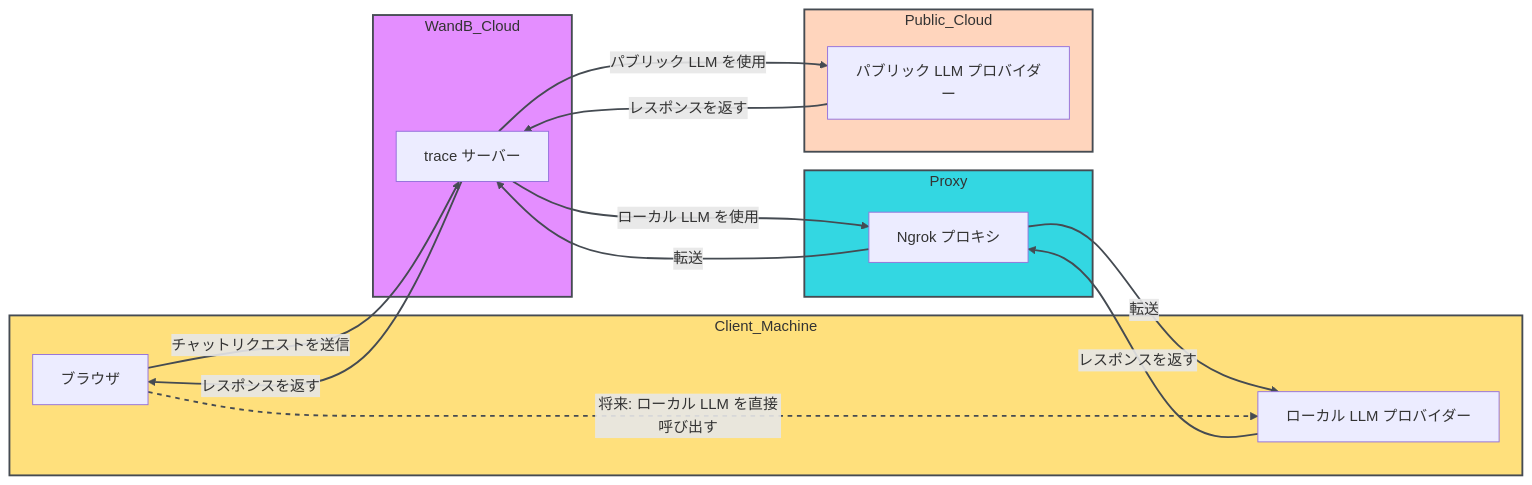
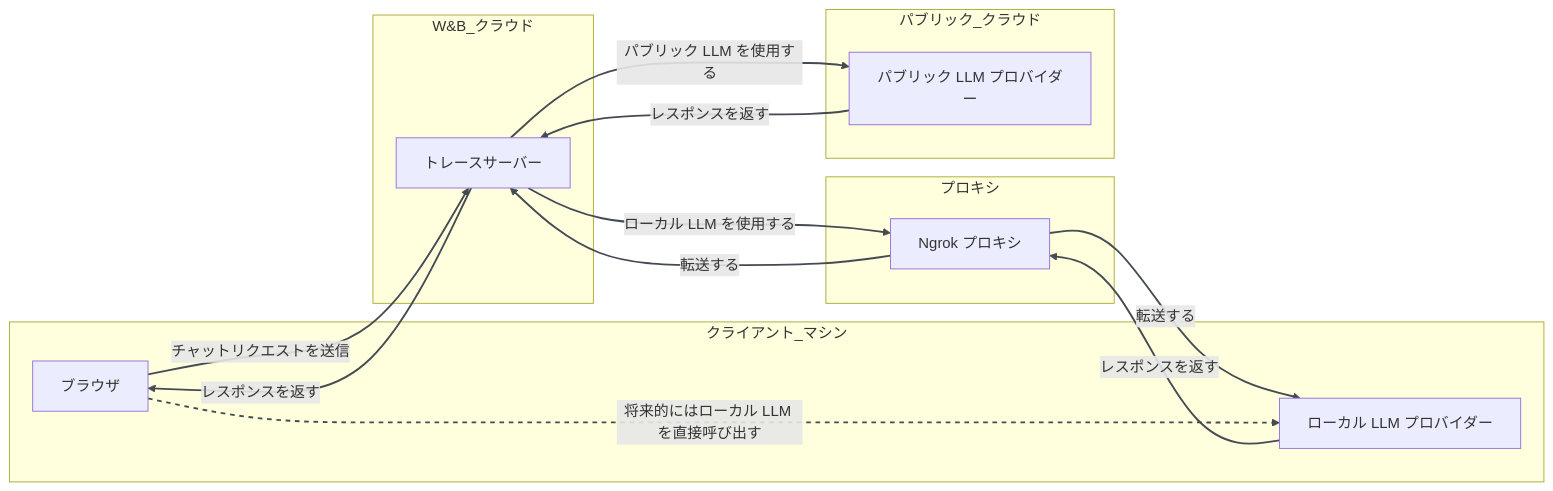
Before and after one commit to wandb/docs: the diagram in ja/weave/guides/tools/playground.mdx, drawn with Mermaid. The commit also changed other lines of this file and 251 other files, not shown here.

````diff
--- a/ja/weave/guides/tools/playground.mdx
+++ b/ja/weave/guides/tools/playground.mdx
@@ -278,49 +278,49 @@
 ```mermaid
 flowchart LR
-    %% スタイル定義
+    %% Style definitions
     classDef clientMachine fill:#FFD95CCC,stroke:#454B52,stroke-width:2px
     classDef proxy fill:#00CDDBCC,stroke:#454B52,stroke-width:2px
     classDef wandbCloud fill:#DE72FFCC,stroke:#454B52,stroke-width:2px
     classDef publicCloud fill:#FFCBADCC,stroke:#454B52,stroke-width:2px
 
-    %% サブグラフ
-    subgraph Client_Machine
+    %% Subgraphs
+    subgraph クライアント_マシン
         browser[ブラウザ]
         llm_local[ローカル LLM プロバイダー]
     end
 
-    subgraph Proxy
+    subgraph プロキシ
         ngrok[Ngrok プロキシ]
     end
 
-    subgraph WandB_Cloud
-        trace_server[trace サーバー]
+    subgraph W&B_クラウド
+        trace_server[トレースサーバー]
     end
 
-    subgraph Public_Cloud
+    subgraph パブリック_クラウド
         llm_cloud[パブリック LLM プロバイダー]
     end
 
-    %% サブグラフにスタイルを適用
+    %% Apply styles to subgraphs
     class Client_Machine clientMachine
     class Proxy proxy
     class WandB_Cloud wandbCloud
     class Public_Cloud publicCloud
 
-    %% 現在のデータフロー
+    %% Current Data Flow
     browser -->|チャットリクエストを送信| trace_server
-    trace_server -->|パブリック LLM を使用| llm_cloud
-    trace_server -->|ローカル LLM を使用| ngrok
-    ngrok -->|転送| llm_local
+    trace_server -->|パブリック LLM を使用する| llm_cloud
+    trace_server -->|ローカル LLM を使用する| ngrok
+    ngrok -->|転送する| llm_local
     llm_cloud -->|レスポンスを返す| trace_server
     llm_local -->|レスポンスを返す| ngrok
-    ngrok -->|転送| trace_server
+    ngrok -->|転送する| trace_server
     trace_server -->|レスポンスを返す| browser
 
-    %% 将来的に可能な接続
-    browser -.->|将来: ローカル LLM を直接呼び出す| llm_local
+    %% Future Possible Connection
+    browser -.->|将来的にはローカル LLM を直接呼び出す| llm_local
 
-    %% リンクスタイル
+    %% Link styles
     linkStyle default stroke:#454B52,stroke-width:2px
     linkStyle 8 stroke:#454B52,stroke-width:2px,stroke-dasharray:5
 ```
````
